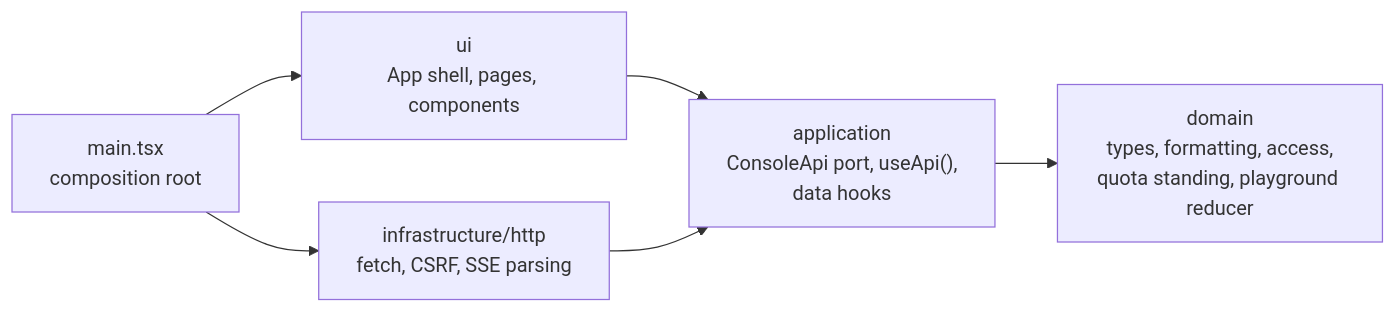
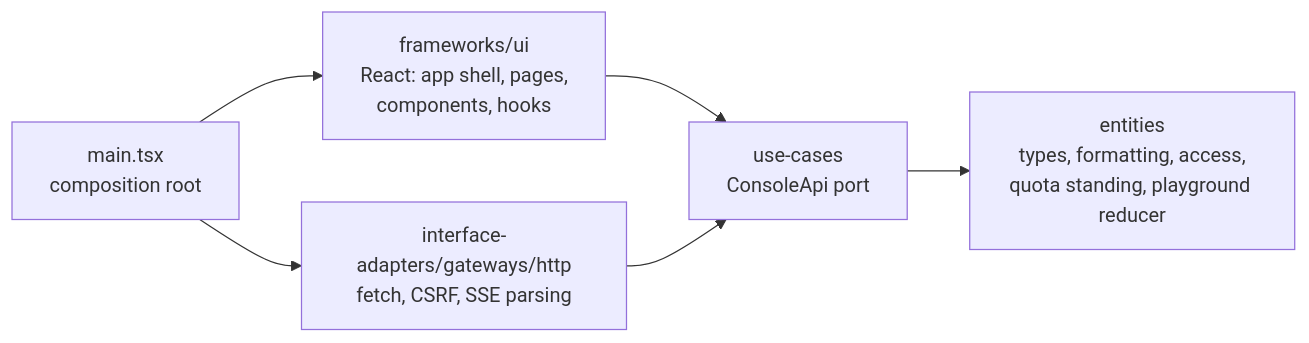
The seventh of 7 diagrams in docs/ARCHITECTURE.md (fauziridwan1709/nalar-router), drawn with Mermaid before and after one commit. The commit also changed other lines of this file and 5 other files, not shown here.

First line of the commit message:
docs(repo): Uncle Bob architecture, context limits, fixes where docs contradicted code

````diff
--- a/docs/ARCHITECTURE.md
+++ b/docs/ARCHITECTURE.md
@@ -220,8 +249,8 @@
 ```mermaid
 flowchart LR
-    MAIN["main.tsx<br/>composition root"] --> UI & INF
-    UI["ui<br/>App shell, pages, components"] --> APP
-    INF["infrastructure/http<br/>fetch, CSRF, SSE parsing"] --> APP
-    APP["application<br/>ConsoleApi port, useApi(),<br/>data hooks"] --> DOM
-    DOM["domain<br/>types, formatting, access,<br/>quota standing, playground reducer"]
+    MAIN["main.tsx<br/>composition root"] --> FWK & IAD
+    FWK["frameworks/ui<br/>React: app shell, pages,<br/>components, hooks"] --> UCS
+    IAD["interface-adapters/gateways/http<br/>fetch, CSRF, SSE parsing"] --> UCS
+    UCS["use-cases<br/>ConsoleApi port"] --> ENT
+    ENT["entities<br/>types, formatting, access,<br/>quota standing, playground reducer"]
 ```
````
